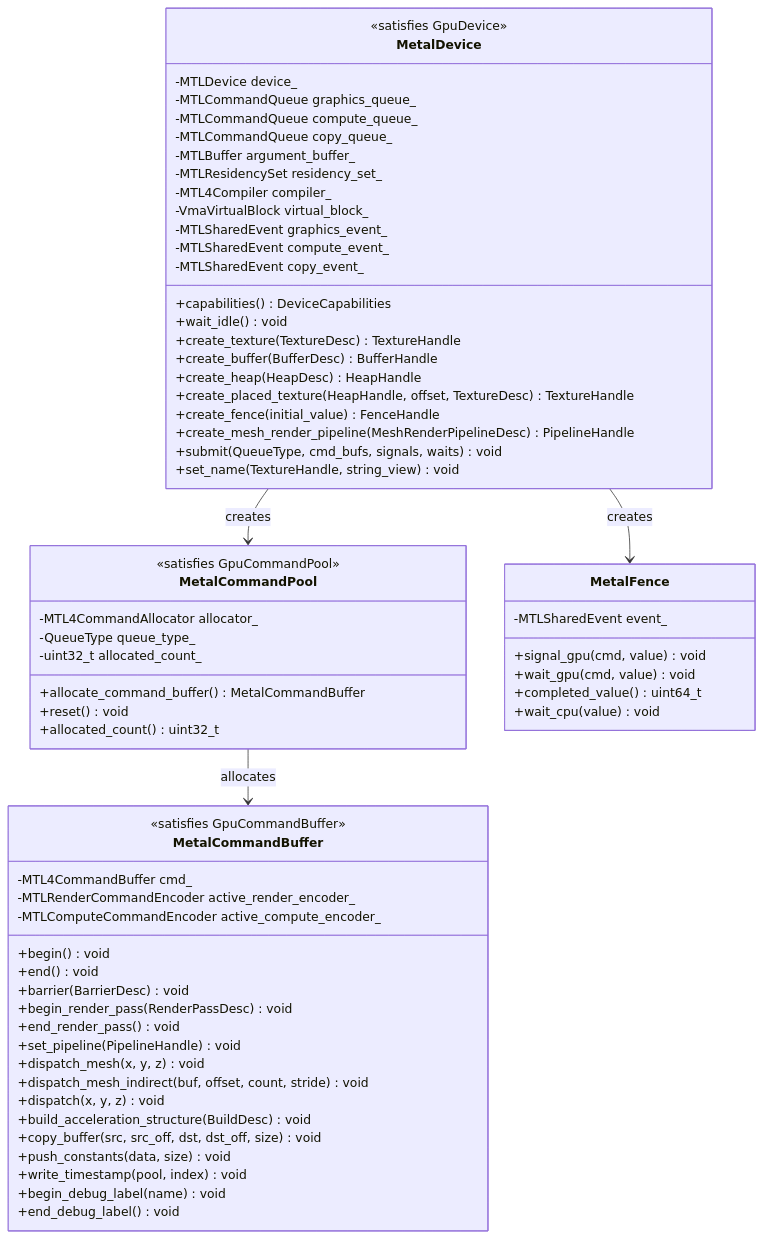
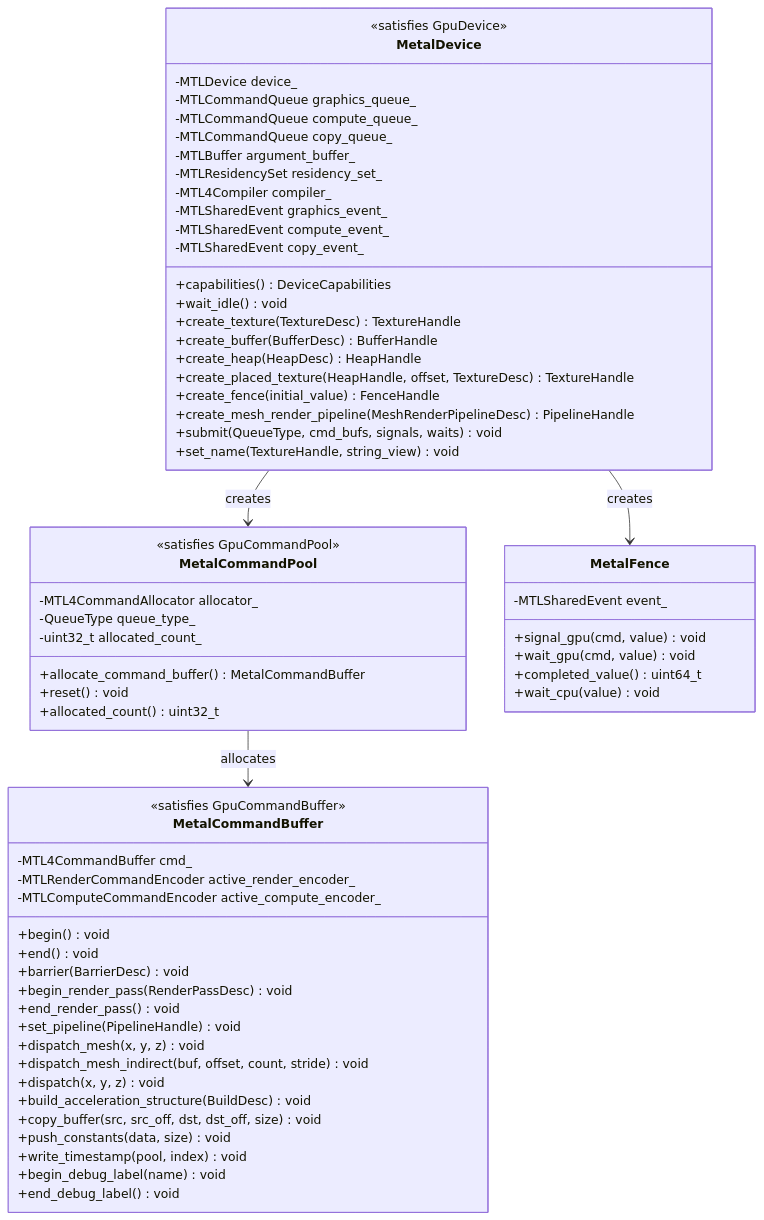
Before and after one commit to harmonius-dev/harmonius: the third of 3 diagrams in docs/design/gpu-backend-metal.md, drawn with Mermaid. The commit also changed other lines of this file and 28 other files, not shown here.

````diff
--- a/docs/design/gpu-backend-metal.md
+++ b/docs/design/gpu-backend-metal.md
@@ -1027,71 +1017,70 @@
 ```mermaid
 classDiagram
     class MetalDevice {
         <<satisfies GpuDevice>>
         -MTLDevice device_
         -MTLCommandQueue graphics_queue_
         -MTLCommandQueue compute_queue_
         -MTLCommandQueue copy_queue_
         -MTLBuffer argument_buffer_
         -MTLResidencySet residency_set_
         -MTL4Compiler compiler_
-        -VmaVirtualBlock virtual_block_
         -MTLSharedEvent graphics_event_
         -MTLSharedEvent compute_event_
         -MTLSharedEvent copy_event_
         +capabilities() DeviceCapabilities
         +wait_idle() void
         +create_texture(TextureDesc) TextureHandle
         +create_buffer(BufferDesc) BufferHandle
         +create_heap(HeapDesc) HeapHandle
         +create_placed_texture(HeapHandle, offset, TextureDesc) TextureHandle
         +create_fence(initial_value) FenceHandle
         +create_mesh_render_pipeline(MeshRenderPipelineDesc) PipelineHandle
         +submit(QueueType, cmd_bufs, signals, waits) void
         +set_name(TextureHandle, string_view) void
     }
 
     class MetalCommandPool {
         <<satisfies GpuCommandPool>>
         -MTL4CommandAllocator allocator_
         -QueueType queue_type_
         -uint32_t allocated_count_
         +allocate_command_buffer() MetalCommandBuffer
         +reset() void
         +allocated_count() uint32_t
     }
 
     class MetalCommandBuffer {
         <<satisfies GpuCommandBuffer>>
         -MTL4CommandBuffer cmd_
         -MTLRenderCommandEncoder active_render_encoder_
         -MTLComputeCommandEncoder active_compute_encoder_
         +begin() void
         +end() void
         +barrier(BarrierDesc) void
         +begin_render_pass(RenderPassDesc) void
         +end_render_pass() void
         +set_pipeline(PipelineHandle) void
         +dispatch_mesh(x, y, z) void
         +dispatch_mesh_indirect(buf, offset, count, stride) void
         +dispatch(x, y, z) void
         +build_acceleration_structure(BuildDesc) void
         +copy_buffer(src, src_off, dst, dst_off, size) void
         +push_constants(data, size) void
         +write_timestamp(pool, index) void
         +begin_debug_label(name) void
         +end_debug_label() void
     }
 
     class MetalFence {
         -MTLSharedEvent event_
         +signal_gpu(cmd, value) void
         +wait_gpu(cmd, value) void
         +completed_value() uint64_t
         +wait_cpu(value) void
     }
 
     MetalDevice --> MetalCommandPool : creates
     MetalCommandPool --> MetalCommandBuffer : allocates
     MetalDevice --> MetalFence : creates
 ```
````
